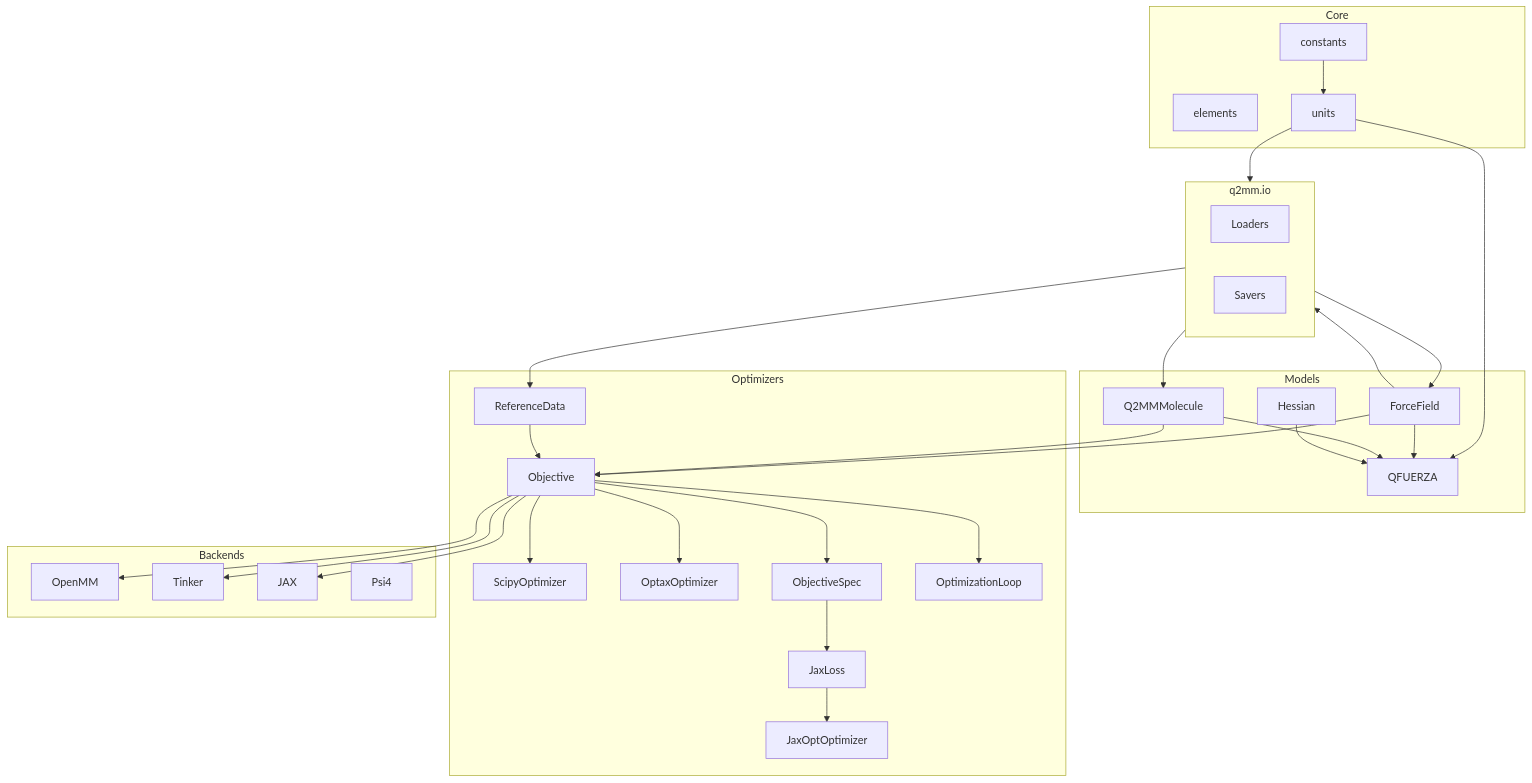
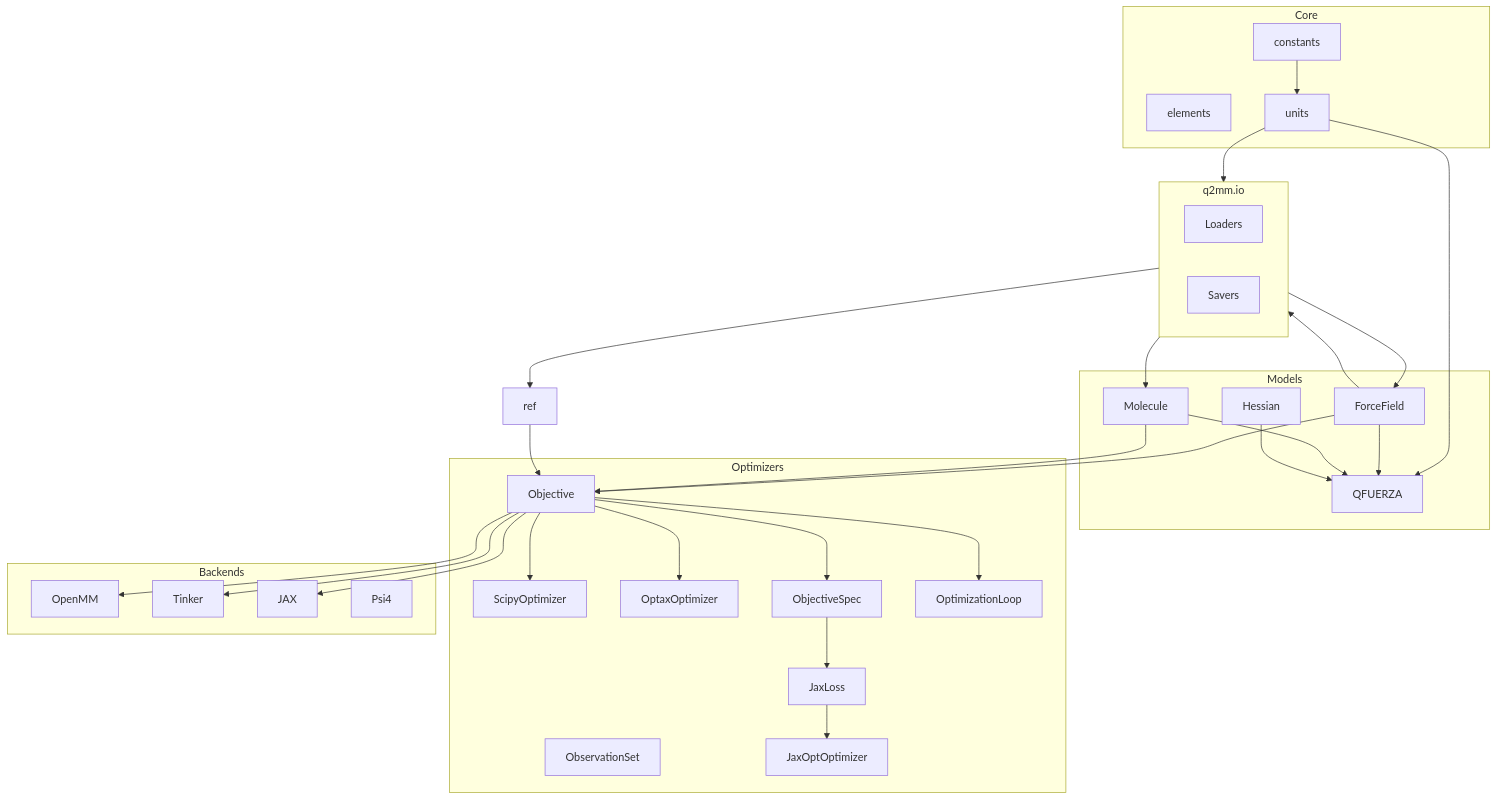
Before and after one commit to ericchansen/q2mm: the second of 2 diagrams in docs/how-it-works/architecture.md, drawn with Mermaid. The commit also changed other lines of this file and 185 other files, not shown here.

````diff
--- a/docs/how-it-works/architecture.md
+++ b/docs/how-it-works/architecture.md
@@ -301,64 +303,64 @@
 ```mermaid
 flowchart TD
     subgraph Core["Core"]
         constants[constants]
         elements[elements]
         units[units]
     end
 
     subgraph Models["Models"]
         ff[ForceField]
-        mol[Q2MMMolecule]
+        mol[Molecule]
         hess[Hessian]
         sem[QFUERZA]
     end
 
     subgraph Opt["Optimizers"]
         obj[Objective]
-        ref[ReferenceData]
+        obs[ObservationSet]
         scipy[ScipyOptimizer]
         optax_opt[OptaxOptimizer]
         jaxopt_opt[JaxOptOptimizer]
         spec[ObjectiveSpec]
         jaxloss[JaxLoss]
         cycling[OptimizationLoop]
     end
 
     subgraph Engines["Backends"]
         omm[OpenMM]
         tk[Tinker]
         jax[JAX]
         psi4[Psi4]
     end
 
     subgraph IO["q2mm.io"]
         loaders[Loaders]
         savers[Savers]
     end
 
     constants --> units
     units --> IO
     units --> sem
     ff --> IO
     ff --> sem
     mol --> sem
     hess --> sem
 
     ff --> obj
     ref --> obj
     mol --> obj
     obj --> scipy
     obj --> optax_opt
     obj --> spec
     spec --> jaxloss
     jaxloss --> jaxopt_opt
     obj --> cycling
 
     obj --> omm
     obj --> tk
     obj --> jax
 
     IO --> mol
     IO --> ref
     IO --> ff
 ```
````
